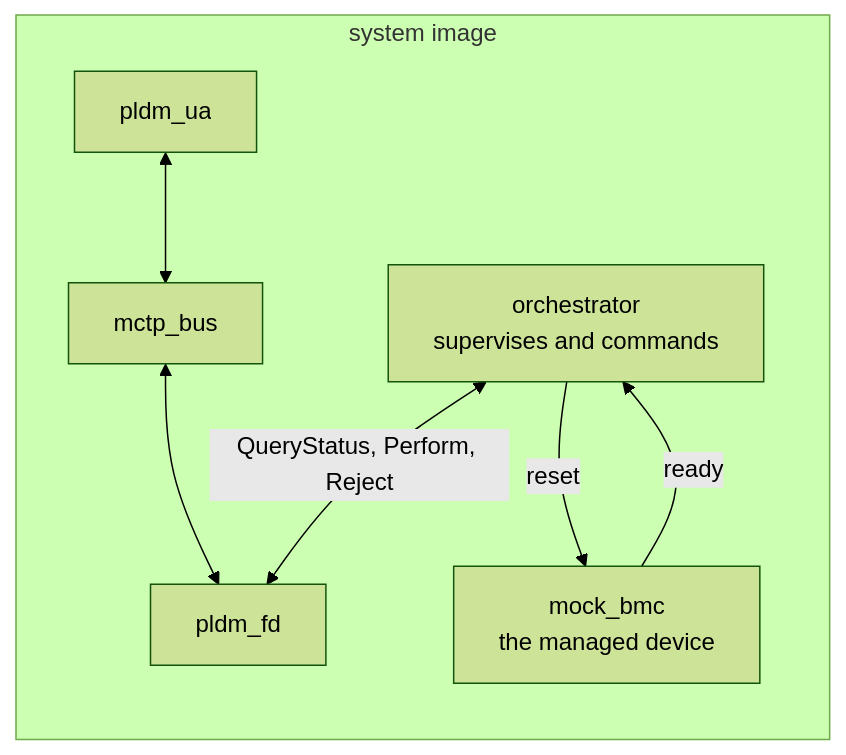
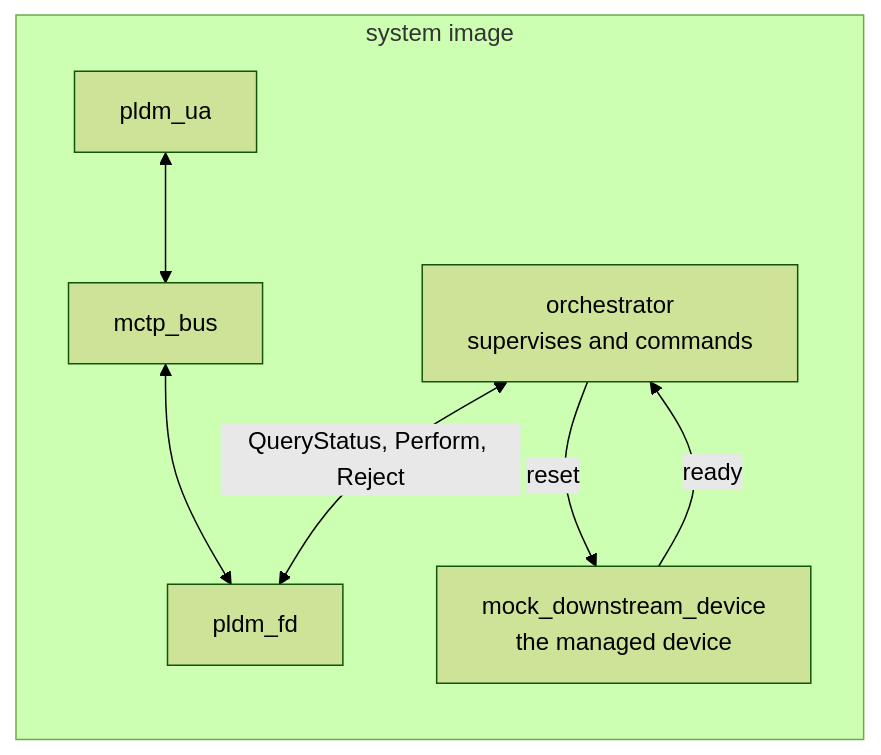
The second of 4 diagrams in target/ast10x0/tests/integration/README.md (OpenPRoT/openprot), drawn with Mermaid (forest theme) before and after one commit. The commit also changed other lines of this file and 18 other files, not shown here.

First line of the commit message:
Rename the mock BMC to the mock downstream device

````diff
--- a/target/ast10x0/tests/integration/README.md
+++ b/target/ast10x0/tests/integration/README.md
@@ -121,15 +121,15 @@
 ```mermaid
 flowchart LR
     subgraph image["system image"]
         ua["pldm_ua"]
         bus["mctp_bus"]
         fd["pldm_fd"]
         orch["orchestrator<br/>supervises and commands"]
-        bmc["mock_bmc<br/>the managed device"]
+        bmc["mock_downstream_device<br/>the managed device"]
     end
     ua <--> bus
     bus <--> fd
     orch <-- "QueryStatus, Perform, Reject" --> fd
     orch -- "reset" --> bmc
     bmc -- "ready" --> orch
 ```
````
